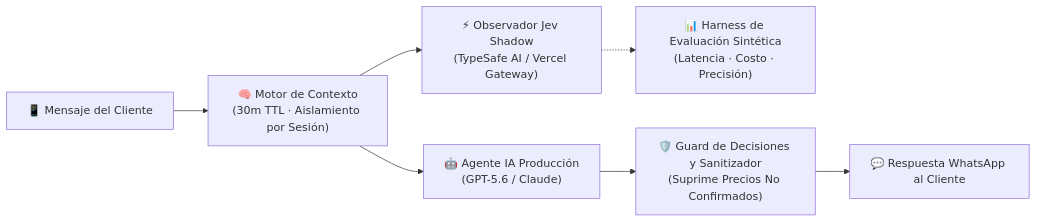
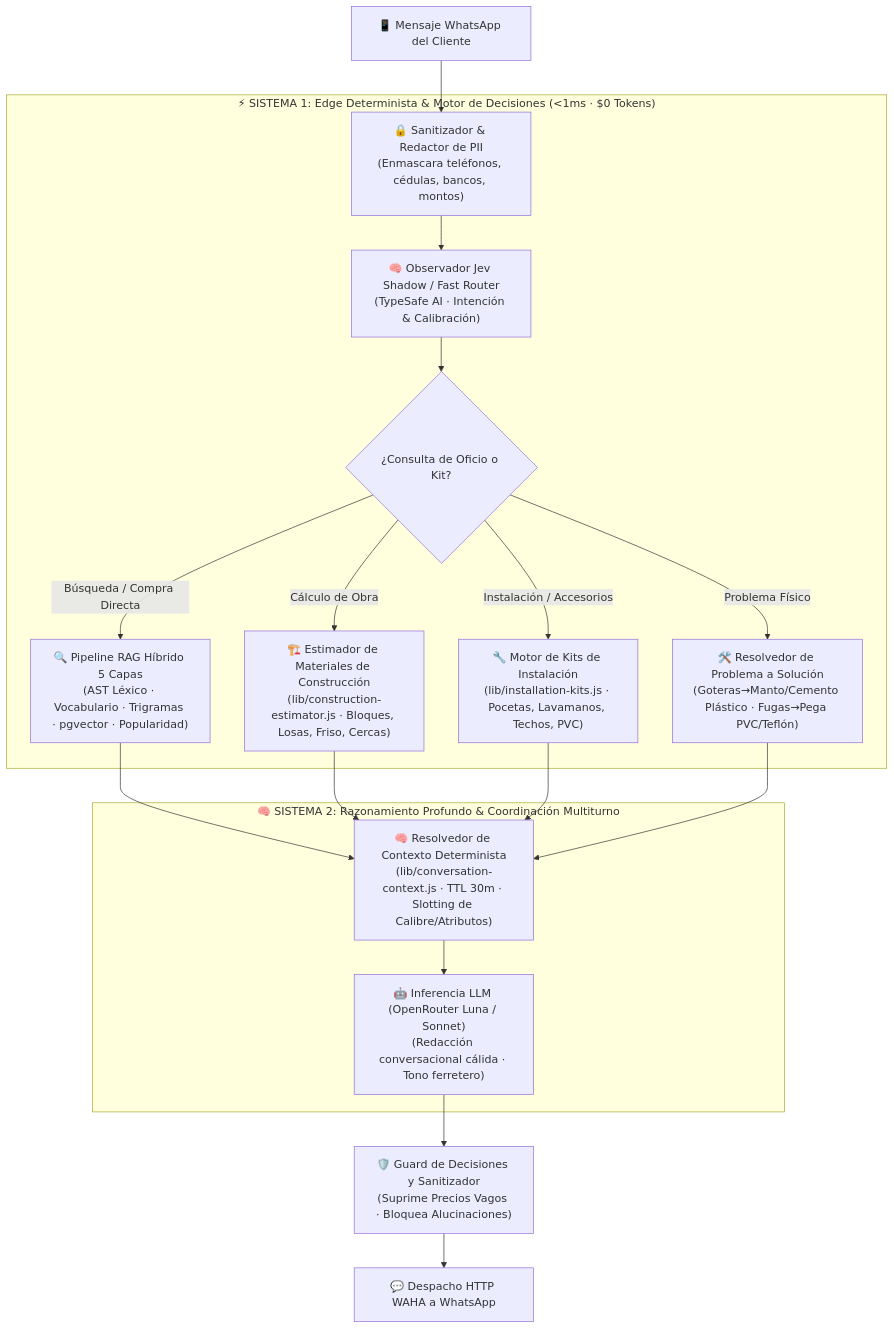
Before and after one commit to Gus2708/whatsapp-agent: the second of 3 diagrams in README.es.md, drawn with Mermaid. The commit also changed other lines of this file and 1 other file, not shown here.

Commit message:
docs: showcase Jev cognitive architecture and deterministic trade engines in READMEs

````diff
--- a/README.es.md
+++ b/README.es.md
@@ -83,9 +88,24 @@
 ```mermaid
-flowchart LR
-    Msg["📱 Mensaje del Cliente"] --> Ctx["🧠 Motor de Contexto<br/>(30m TTL · Aislamiento por Sesión)"]
-    Ctx --> Shadow["⚡ Observador Jev Shadow<br/>(TypeSafe AI / Vercel Gateway)"]
-    Shadow -.-> Eval["📊 Harness de Evaluación Sintética<br/>(Latencia · Costo · Precisión)"]
-    Ctx --> Agent["🤖 Agente IA Producción<br/>(GPT-5.6 / Claude)"]
-    Agent --> Guard["🛡️ Guard de Decisiones y Sanitizador<br/>(Suprime Precios No Confirmados)"]
-    Guard --> Out["💬 Respuesta WhatsApp al Cliente"]
+flowchart TD
+    Msg["📱 Mensaje WhatsApp del Cliente"] --> PII["🔒 Sanitizador & Redactor de PII<br/>(Enmascara teléfonos, cédulas, bancos, montos)"]
+    
+    subgraph S1["⚡ SISTEMA 1: Edge Determinista & Motor de Decisiones (<1ms · $0 Tokens)"]
+        PII --> JEV["🧠 Observador Jev Shadow / Fast Router<br/>(TypeSafe AI · Intención & Calibración)"]
+        JEV --> CALC{"¿Consulta de Oficio o Kit?"}
+        CALC -->|Cálculo de Obra| EST["🏗️ Estimador de Materiales de Construcción<br/>(lib/construction-estimator.js · Bloques, Losas, Friso, Cercas)"]
+        CALC -->|Instalación / Accesorios| KITS["🔧 Motor de Kits de Instalación<br/>(lib/installation-kits.js · Pocetas, Lavamanos, Techos, PVC)"]
+        CALC -->|Problema Físico| PROB["🛠️ Resolvedor de Problema a Solución<br/>(Goteras→Manto/Cemento Plástico · Fugas→Pega PVC/Teflón)"]
+        CALC -->|Búsqueda / Compra Directa| RAG["🔍 Pipeline RAG Híbrido 5 Capas<br/>(AST Léxico · Vocabulario · Trigramas · pgvector · Popularidad)"]
+    end
+    
+    subgraph S2["🧠 SISTEMA 2: Razonamiento Profundo & Coordinación Multiturno"]
+        RAG --> Ctx["🧠 Resolvedor de Contexto Determinista<br/>(lib/conversation-context.js · TTL 30m · Slotting de Calibre/Atributos)"]
+        EST --> Ctx
+        KITS --> Ctx
+        PROB --> Ctx
+        Ctx --> LLM["🤖 Inferencia LLM (OpenRouter Luna / Sonnet)<br/>(Redacción conversacional cálida · Tono ferretero)"]
+    end
+    
+    LLM --> Guard["🛡️ Guard de Decisiones y Sanitizador<br/>(Suprime Precios Vagos · Bloquea Alucinaciones)"]
+    Guard --> WAHA["💬 Despacho HTTP WAHA a WhatsApp"]
 ```
````
